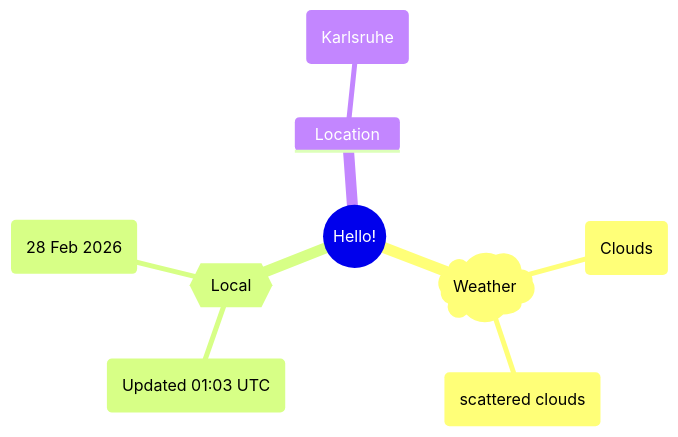
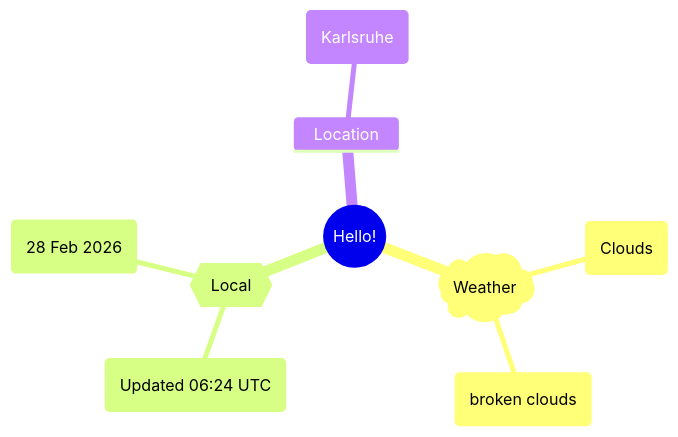
The first of 2 diagrams in README.md (Xosrov/Xosrov), drawn with Mermaid before and after one commit.

Commit message:
[bot] updated images

````diff
--- a/README.md
+++ b/README.md
@@ -3,12 +3,12 @@
 ```mermaid
 mindmap
   root((Hello!))
     )Weather(
         (Clouds)
-        (scattered clouds)
+        (broken clouds)
     {{Local}}
-        (Updated 01:03 UTC)
+        (Updated 06:24 UTC)
         (28 Feb 2026)
     Location
         (Karlsruhe)
 ```
````
